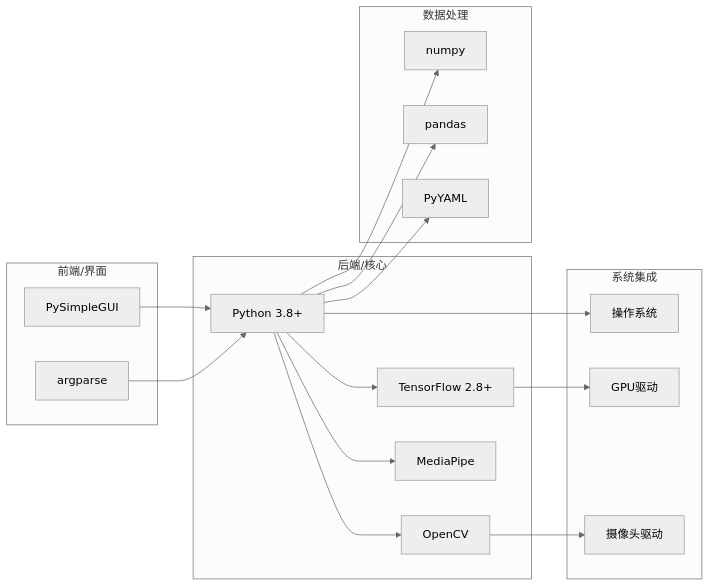
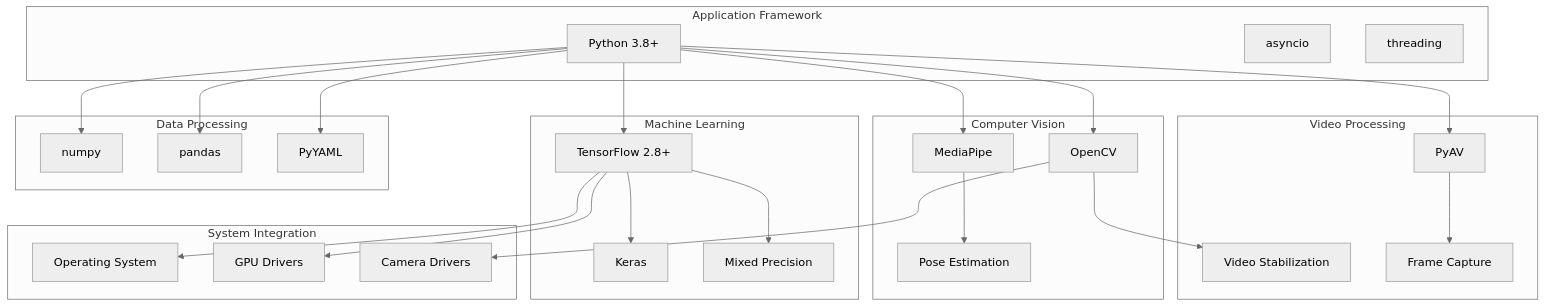
Before and after one commit to franciszero/RopeJumpCounter: the ninth of 10 diagrams in docs/ARCHITECTURE.md, drawn with Mermaid (neutral theme). The commit also changed other lines of this file and 289 other files, not shown here.

````diff
--- a/docs/ARCHITECTURE.md
+++ b/docs/ARCHITECTURE.md
@@ -177,38 +364,57 @@
 ```mermaid
-graph LR
-    subgraph "前端/界面"
-        GUI[PySimpleGUI]
-        CLI[argparse]
+graph TB
+    subgraph "Application Framework"
+        PYTHON[Python 3.8+]
+        ASYNC[asyncio]
+        THREADING[threading]
     end
     
-    subgraph "后端/核心"
-        PYTHON[Python 3.8+]
-        TF[TensorFlow 2.8+]
-        CV[OpenCV]
-        MP[MediaPipe]
+    subgraph "Machine Learning"
+        TENSORFLOW[TensorFlow 2.8+]
+        KERAS[Keras]
+        MIXED[Mixed Precision]
     end
     
-    subgraph "数据处理"
+    subgraph "Computer Vision"
+        OPENCV[OpenCV]
+        MEDIAPIPE[MediaPipe]
+        POSE[Pose Estimation]
+    end
+    
+    subgraph "Video Processing"
+        PYAV[PyAV]
+        STABILIZER[Video Stabilization]
+        CAPTURE[Frame Capture]
+    end
+    
+    subgraph "Data Processing"
         NUMPY[numpy]
         PANDAS[pandas]
         YAML[PyYAML]
     end
     
-    subgraph "系统集成"
-        OS[操作系统]
-        GPU[GPU驱动]
-        CAM[摄像头驱动]
+    subgraph "System Integration"
+        OS[Operating System]
+        GPU[GPU Drivers]
+        CAM[Camera Drivers]
     end
     
-    GUI --> PYTHON
-    CLI --> PYTHON
-    PYTHON --> TF
-    PYTHON --> CV
-    PYTHON --> MP
+    PYTHON --> TENSORFLOW
+    PYTHON --> OPENCV
+    PYTHON --> MEDIAPIPE
+    PYTHON --> PYAV
     PYTHON --> NUMPY
     PYTHON --> PANDAS
     PYTHON --> YAML
-    PYTHON --> OS
-    TF --> GPU
-    CV --> CAM
+    
+    TENSORFLOW --> KERAS
+    TENSORFLOW --> MIXED
+    TENSORFLOW --> GPU
+    
+    MEDIAPIPE --> POSE
+    OPENCV --> STABILIZER
+    PYAV --> CAPTURE
+    
+    OPENCV --> CAM
+    TENSORFLOW --> OS
 ```
````
